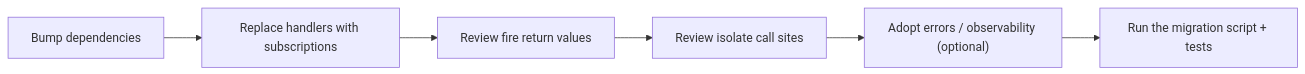
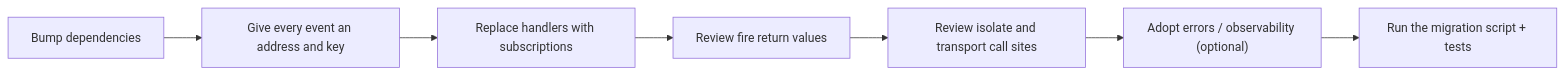
One commit to Avataromvatar/event_bus_arch changed the diagram in doc/15-migration-3-to-4.md. Above: the diagram before and after it, drawn with Mermaid. The commit also changed other lines of this file and 80 other files, not shown here.

````diff
--- a/doc/15-migration-3-to-4.md
+++ b/doc/15-migration-3-to-4.md
@@ -30,8 +34,9 @@
 ```mermaid
 flowchart LR
-    A["Bump dependencies"] --> B["Replace handlers with subscriptions"]
-    B --> C["Review fire return values"]
-    C --> D["Review isolate call sites"]
-    D --> E["Adopt errors / observability (optional)"]
-    E --> F["Run the migration script + tests"]
+    A["Bump dependencies"] --> B["Give every event an address and key"]
+    B --> C["Replace handlers with subscriptions"]
+    C --> D["Review fire return values"]
+    D --> E["Review isolate and transport call sites"]
+    E --> F["Adopt errors / observability (optional)"]
+    F --> G["Run the migration script + tests"]
 ```
````
